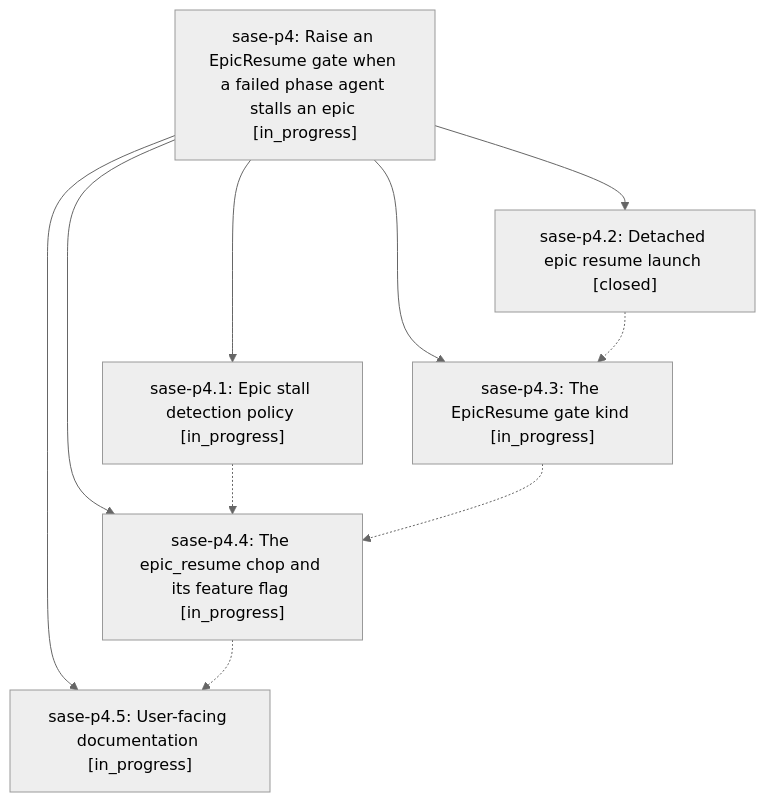
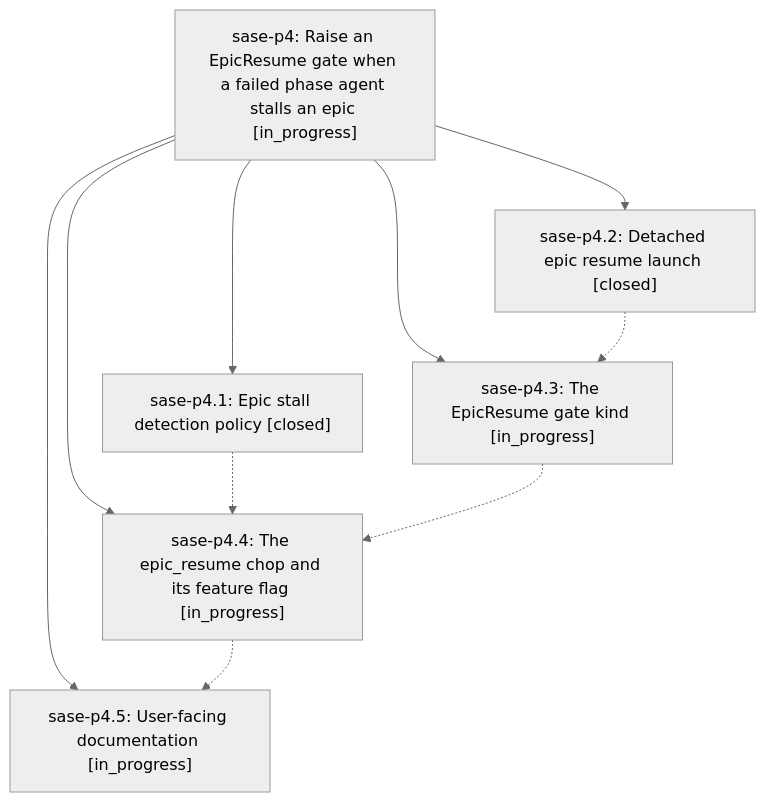
The diagram in pages/sase-p4/README.md (sase-org/sase--beads), drawn with Mermaid (neutral theme) before and after one commit. The commit also changed other lines of this file and 3 other files, not shown here.

````diff
--- a/pages/sase-p4/README.md
+++ b/pages/sase-p4/README.md
@@ -26,18 +26,18 @@
 ```mermaid
 flowchart TD
     n0["sase-p4: Raise an EpicResume gate when a failed phase agent stalls an epic [in_progress]"]
-    n1["sase-p4.1: Epic stall detection policy [in_progress]"]
+    n1["sase-p4.1: Epic stall detection policy [closed]"]
     n2["sase-p4.2: Detached epic resume launch [closed]"]
     n3["sase-p4.3: The EpicResume gate kind [in_progress]"]
     n4["sase-p4.4: The epic_resume chop and its feature flag [in_progress]"]
     n5["sase-p4.5: User-facing documentation [in_progress]"]
     n0 --> n1
     n0 --> n2
     n0 --> n3
     n0 --> n4
     n0 --> n5
     n1 -.-> n4
     n2 -.-> n3
     n3 -.-> n4
     n4 -.-> n5
 ```
````
